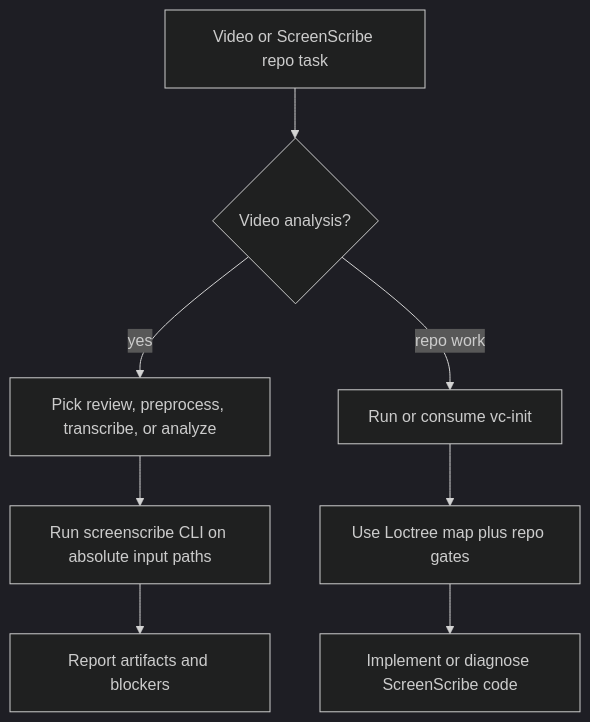
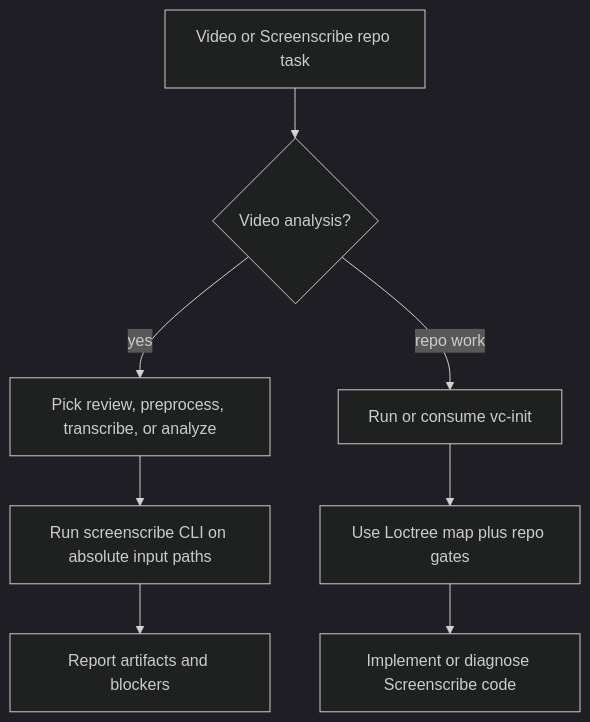
One commit to VetCoders/vibecrafted changed the diagram in vibecrafted-core/vibecrafted_core/skills/pl/vc-screenscribe/FLOW.md. Above: the diagram before and after it, drawn with Mermaid (dark theme). The commit also changed other lines of this file and 306 other files, not shown here.

````diff
--- a/vibecrafted-core/vibecrafted_core/skills/pl/vc-screenscribe/FLOW.md
+++ b/vibecrafted-core/vibecrafted_core/skills/pl/vc-screenscribe/FLOW.md
@@ -5,10 +5,10 @@
 ```mermaid
 flowchart TD
-    A[Video or ScreenScribe repo task] --> B{Video analysis?}
+    A[Video or Screenscribe repo task] --> B{Video analysis?}
     B -->|yes| C[Pick review, preprocess, transcribe, or analyze]
     C --> D[Run screenscribe CLI on absolute input paths]
     D --> E[Report artifacts and blockers]
     B -->|repo work| F[Run or consume vc-init]
     F --> G[Use Loctree map plus repo gates]
-    G --> H[Implement or diagnose ScreenScribe code]
+    G --> H[Implement or diagnose Screenscribe code]
 ```
````
